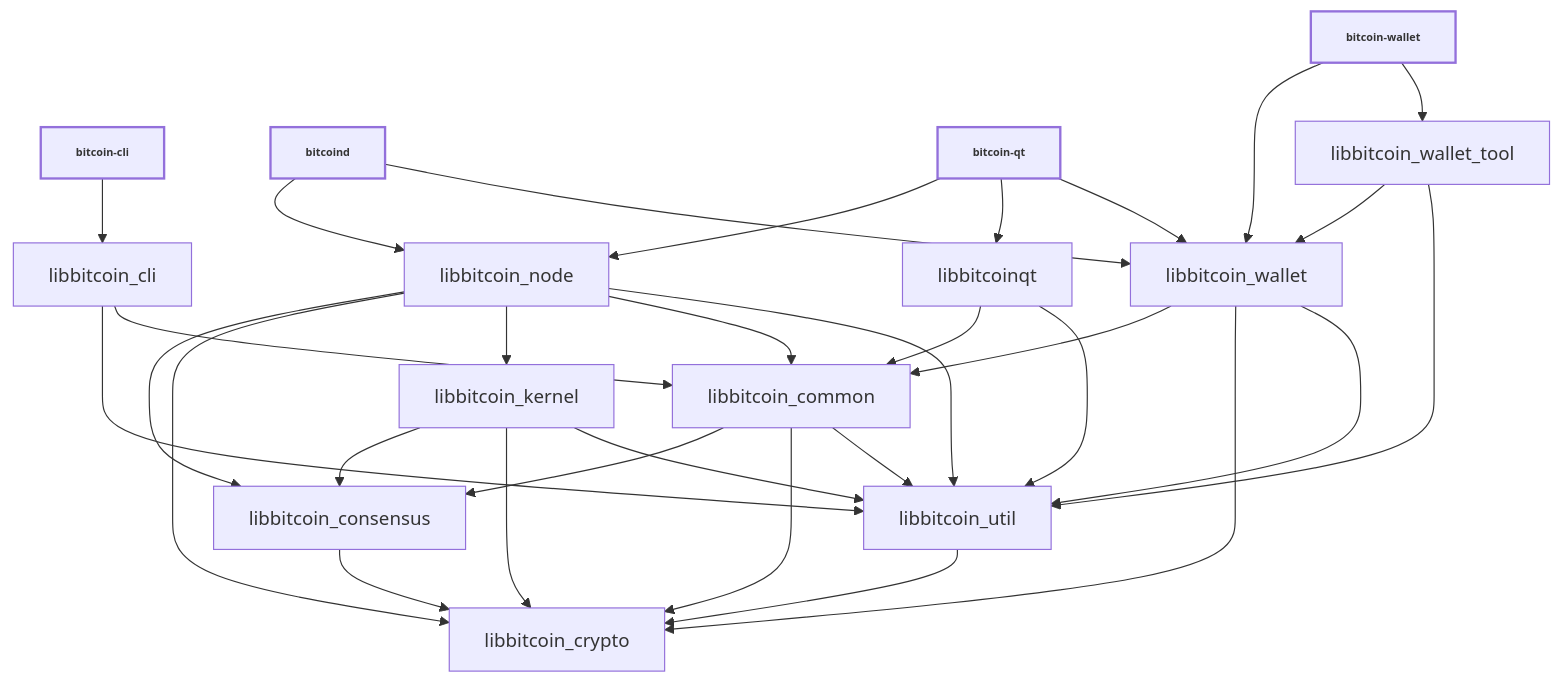
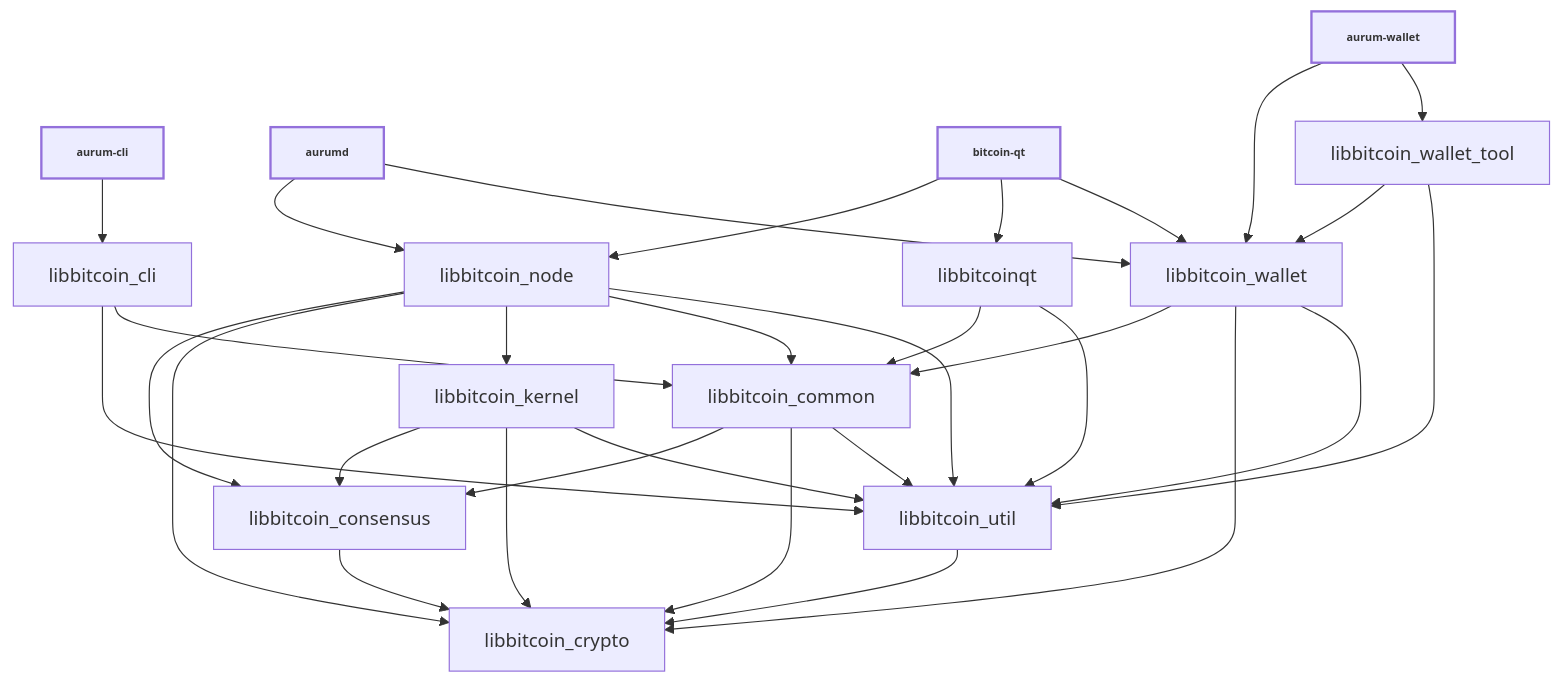
Before and after one commit to AurumCoinOrg/AurumCoin: the diagram in doc/design/libraries.md, drawn with Mermaid. The commit also changed other lines of this file and 578 other files, not shown here.

````diff
--- a/doc/design/libraries.md
+++ b/doc/design/libraries.md
@@ -36,52 +36,52 @@
 ```mermaid
 
 %%{ init : { "flowchart" : { "curve" : "basis" }}}%%
 
 graph TD;
 
-bitcoin-cli[bitcoin-cli]-->libbitcoin_cli;
+aurum-cli[aurum-cli]-->libbitcoin_cli;
 
-bitcoind[bitcoind]-->libbitcoin_node;
-bitcoind[bitcoind]-->libbitcoin_wallet;
+aurumd[aurumd]-->libbitcoin_node;
+aurumd[aurumd]-->libbitcoin_wallet;
 
 bitcoin-qt[bitcoin-qt]-->libbitcoin_node;
 bitcoin-qt[bitcoin-qt]-->libbitcoinqt;
 bitcoin-qt[bitcoin-qt]-->libbitcoin_wallet;
 
-bitcoin-wallet[bitcoin-wallet]-->libbitcoin_wallet;
-bitcoin-wallet[bitcoin-wallet]-->libbitcoin_wallet_tool;
+aurum-wallet[aurum-wallet]-->libbitcoin_wallet;
+aurum-wallet[aurum-wallet]-->libbitcoin_wallet_tool;
 
 libbitcoin_cli-->libbitcoin_util;
 libbitcoin_cli-->libbitcoin_common;
 
 libbitcoin_consensus-->libbitcoin_crypto;
 
 libbitcoin_common-->libbitcoin_consensus;
 libbitcoin_common-->libbitcoin_crypto;
 libbitcoin_common-->libbitcoin_util;
 
 libbitcoin_kernel-->libbitcoin_consensus;
 libbitcoin_kernel-->libbitcoin_crypto;
 libbitcoin_kernel-->libbitcoin_util;
 
 libbitcoin_node-->libbitcoin_consensus;
 libbitcoin_node-->libbitcoin_crypto;
 libbitcoin_node-->libbitcoin_kernel;
 libbitcoin_node-->libbitcoin_common;
 libbitcoin_node-->libbitcoin_util;
 
 libbitcoinqt-->libbitcoin_common;
 libbitcoinqt-->libbitcoin_util;
 
 libbitcoin_util-->libbitcoin_crypto;
 
 libbitcoin_wallet-->libbitcoin_common;
 libbitcoin_wallet-->libbitcoin_crypto;
 libbitcoin_wallet-->libbitcoin_util;
 
 libbitcoin_wallet_tool-->libbitcoin_wallet;
 libbitcoin_wallet_tool-->libbitcoin_util;
 
 classDef bold stroke-width:2px, font-weight:bold, font-size: smaller;
-class bitcoin-qt,bitcoind,bitcoin-cli,bitcoin-wallet bold
+class bitcoin-qt,aurumd,aurum-cli,aurum-wallet bold
 ```
````
